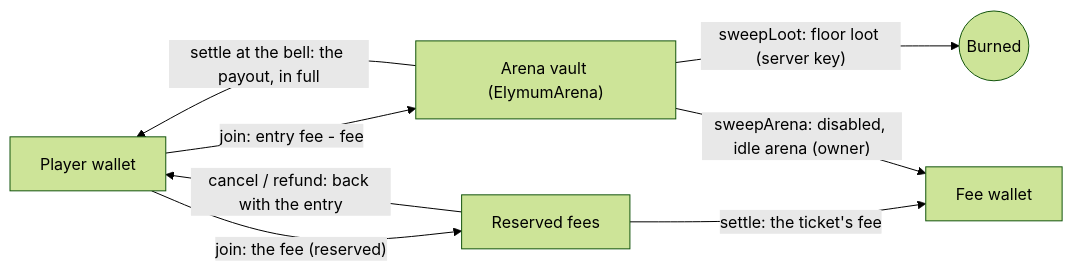
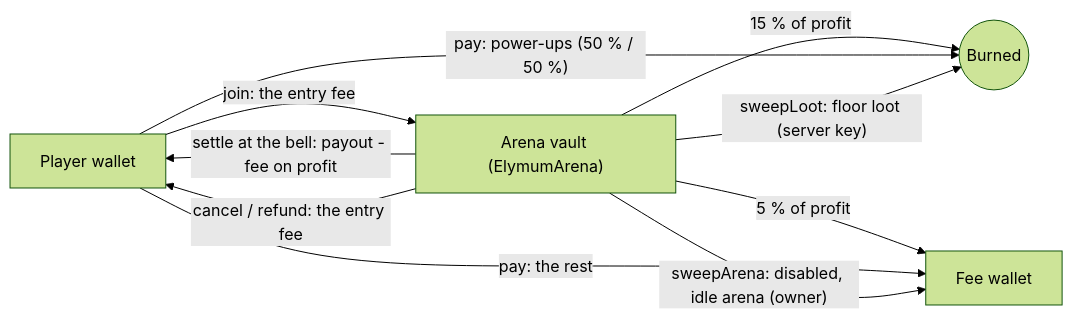
Before and after one commit to CoinnibalFun/Coinnibal: the diagram in docs/PROJECT.md, drawn with Mermaid (forest theme). The commit also changed other lines of this file and 9 other files, not shown here.

First line of the commit message:
Docs: Robinhood Chain research, economy, fresh architecture and operations

````diff
--- a/docs/PROJECT.md
+++ b/docs/PROJECT.md
@@ -213,10 +173,12 @@
 ```mermaid
 flowchart LR
-  P["Player wallet"] -- "join: entry fee - fee" --> V["Arena vault (ElymumArena)"]
-  P -- "join: the fee (reserved)" --> R["Reserved fees"]
-  V -- "settle at the bell: the payout, in full" --> P
-  R -- "settle: the ticket's fee" --> F["Fee wallet"]
-  R -- "cancel / refund: back with the entry" --> P
-  V -- "sweepLoot: floor loot (server key)" --> B(("Burned"))
+  P["Player wallet"] -- "join: the entry fee" --> V["Arena vault (ElymumArena)"]
+  V -- "settle at the bell: payout - fee on profit" --> P
+  V -- "15 % of profit" --> B(("Burned"))
+  V -- "5 % of profit" --> F["Fee wallet"]
+  P -- "pay: power-ups (50 % / 50 %)" --> B
+  P -- "pay: the rest" --> F
+  V -- "cancel / refund: the entry fee" --> P
+  V -- "sweepLoot: floor loot (server key)" --> B
   V -- "sweepArena: disabled, idle arena (owner)" --> F
 ```
````
